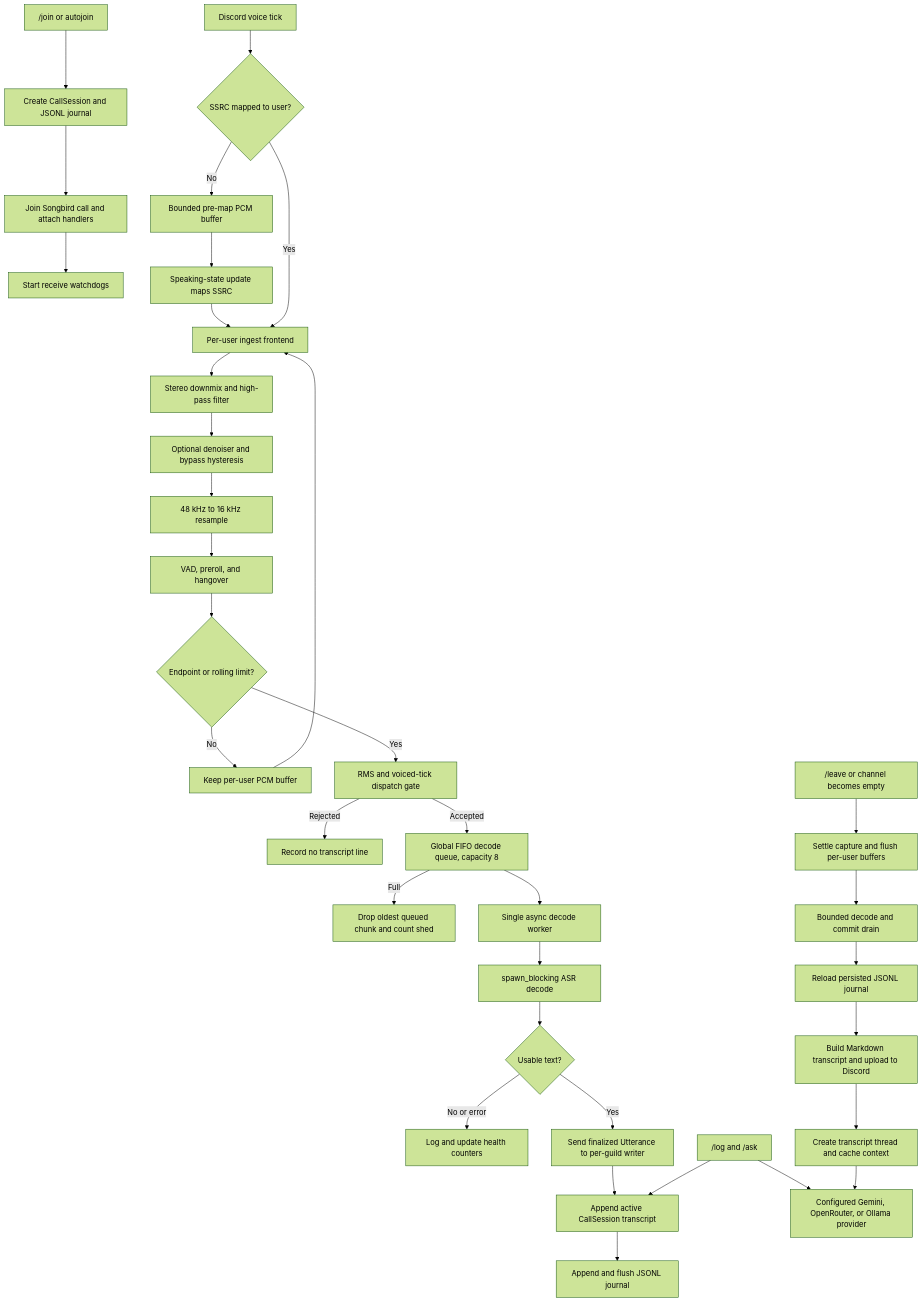
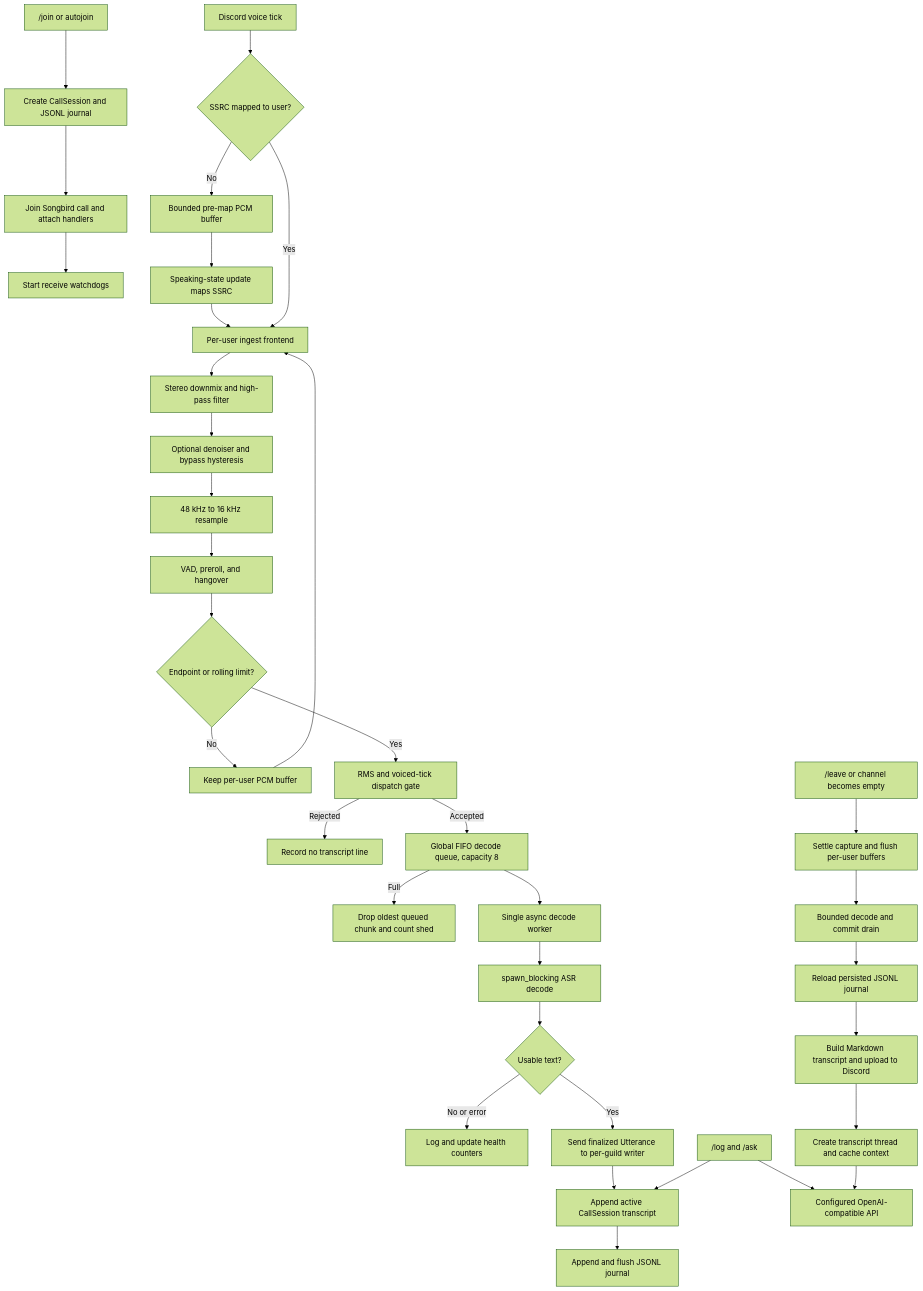
Before and after one commit to t1m0thyj/discord-transcribe-bot: the diagram in ARCHITECTURE.md, drawn with Mermaid (forest theme). The commit also changed other lines of this file and 11 other files, not shown here.

Commit message:
Unify AI backends to use OpenAI API

````diff
--- a/ARCHITECTURE.md
+++ b/ARCHITECTURE.md
@@ -15,40 +15,40 @@
 ```mermaid
 flowchart TD
 	Join["/join or autojoin"] --> Start["Create CallSession and JSONL journal"]
 	Start --> Attach["Join Songbird call and attach handlers"]
 	Attach --> Watchdogs["Start receive watchdogs"]
 
 	Discord["Discord voice tick"] --> Ssrc{"SSRC mapped to user?"}
 	Ssrc -- "No" --> PreMap["Bounded pre-map PCM buffer"]
 	PreMap --> MapEvent["Speaking-state update maps SSRC"]
 	MapEvent --> Ingest
 	Ssrc -- "Yes" --> Ingest["Per-user ingest frontend"]
 
 	Ingest --> Downmix["Stereo downmix and high-pass filter"]
 	Downmix --> Denoise["Optional denoiser and bypass hysteresis"]
 	Denoise --> Resample["48 kHz to 16 kHz resample"]
 	Resample --> Vad["VAD, preroll, and hangover"]
 	Vad --> Segment{"Endpoint or rolling limit?"}
 	Segment -- "No" --> Buffer["Keep per-user PCM buffer"]
 	Buffer --> Ingest
 	Segment -- "Yes" --> Gate["RMS and voiced-tick dispatch gate"]
 	Gate -- "Rejected" --> Drop["Record no transcript line"]
 	Gate -- "Accepted" --> Queue["Global FIFO decode queue, capacity 8"]
 	Queue -- "Full" --> Shed["Drop oldest queued chunk and count shed"]
 	Queue --> Worker["Single async decode worker"]
 	Worker --> Blocking["spawn_blocking ASR decode"]
 	Blocking --> Text{"Usable text?"}
 	Text -- "No or error" --> Metrics["Log and update health counters"]
 	Text -- "Yes" --> Commit["Send finalized Utterance to per-guild writer"]
 	Commit --> Memory["Append active CallSession transcript"]
 	Memory --> Journal["Append and flush JSONL journal"]
 
 	Commands["/log and /ask"] --> Memory
-	Commands --> AI["Configured Gemini, OpenRouter, or Ollama provider"]
+	Commands --> AI["Configured OpenAI-compatible API"]
 	Leave["/leave or channel becomes empty"] --> Flush["Settle capture and flush per-user buffers"]
 	Flush --> Drain["Bounded decode and commit drain"]
 	Drain --> Load["Reload persisted JSONL journal"]
 	Load --> Export["Build Markdown transcript and upload to Discord"]
 	Export --> Thread["Create transcript thread and cache context"]
 	Thread --> AI
 ```
````
